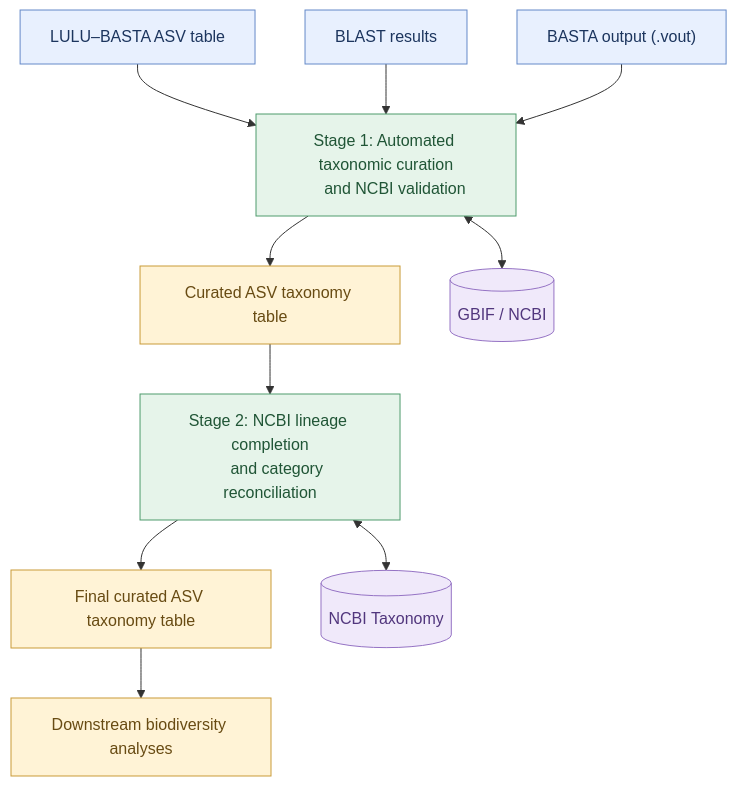
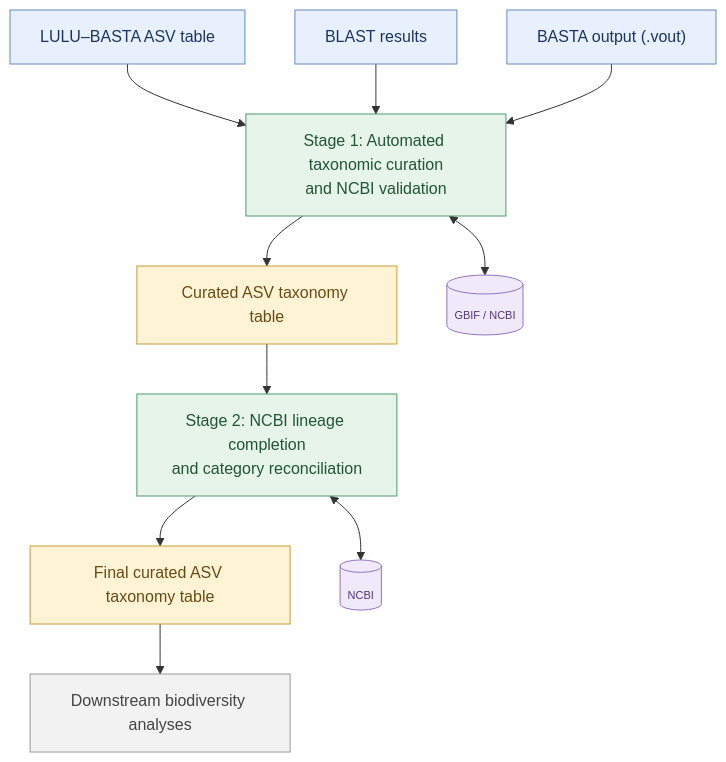
Before and after one commit to n-sayed/taxonomic_assignment: the diagram in README_v02.md, drawn with Mermaid.

Commit message:
Refine workflow diagram in README_v02.md
Updated workflow diagram formatting and class definitions in README.

````diff
--- a/README_v02.md
+++ b/README_v02.md
@@ -44,39 +45,37 @@
 ```mermaid
 flowchart TD
     A["LULU–BASTA ASV table"]
     B["BLAST results"]
     C["BASTA output (.vout)"]
 
-    D["Stage 1: Automated taxonomic curation
-    and NCBI validation"]
-
+    D["Stage 1: Automated taxonomic curation<br/>and NCBI validation"]
     E["Curated ASV taxonomy table"]
 
-    F["Stage 2: NCBI lineage completion
-    and category reconciliation"]
-
+    F["Stage 2: NCBI lineage completion<br/>and category reconciliation"]
     G["Final curated ASV taxonomy table"]
 
     H["Downstream biodiversity analyses"]
 
     A --> D
     B --> D
     C --> D
 
     D <--> I[("GBIF / NCBI")]
     D --> E
     E --> F
-    F <--> J[("NCBI Taxonomy")]
+    F <--> J[("NCBI")]
     F --> G
     G --> H
 
     classDef input fill:#e8f0fe,stroke:#6489c8,color:#1c355e
     classDef process fill:#e6f4ea,stroke:#4e9b6d,color:#205536
     classDef output fill:#fff3d6,stroke:#c99b38,color:#684b13
-    classDef database fill:#f0e9fa,stroke:#9573c4,color:#51367d
+    classDef database fill:#f0e9fa,stroke:#9573c4,color:#51367d,font-size:11px
+    classDef downstream fill:#f2f2f2,stroke:#999999,color:#444444
 
     class A,B,C input
     class D,F process
-    class E,G,H output
+    class E,G output
     class I,J database
+    class H downstream
 ```
````
